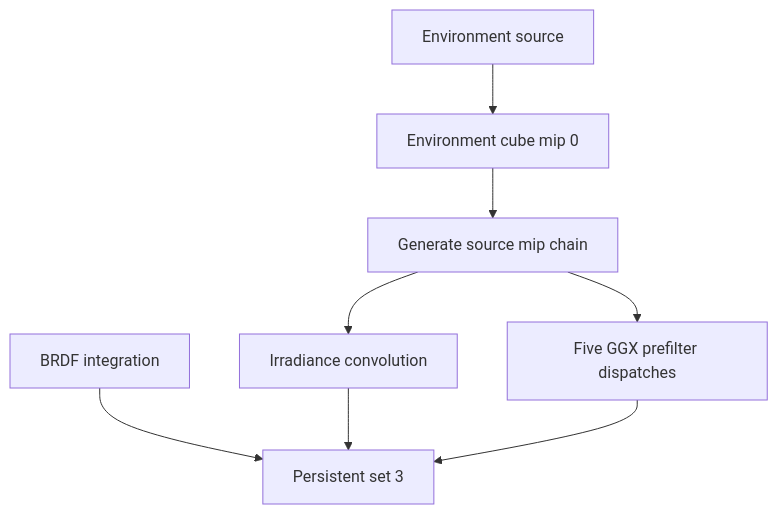
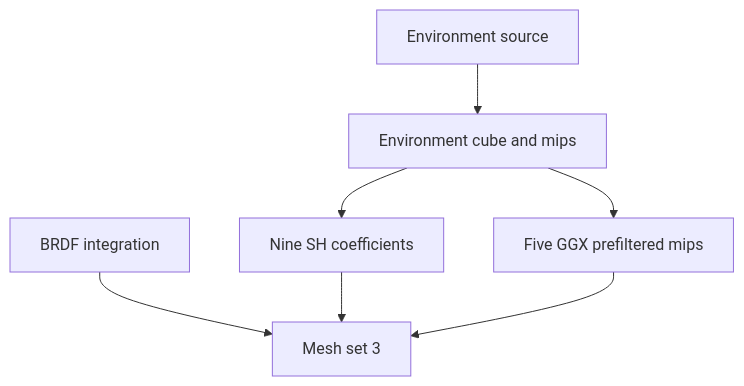
Before and after one commit to saffronjam/SaffronEngine: the diagram in docs/content/explanations/image-based-lighting/ibl-bake-pass.md, drawn with Mermaid. The commit also changed other lines of this file and 2 other files, not shown here.

````diff
--- a/docs/content/explanations/image-based-lighting/ibl-bake-pass.md
+++ b/docs/content/explanations/image-based-lighting/ibl-bake-pass.md
@@ -36,10 +36,9 @@
 ```mermaid
 flowchart TD
-    A[Environment source] --> B[Environment cube mip 0]
-    B --> C[Generate source mip chain]
-    C --> D[Irradiance convolution]
-    C --> E[Five GGX prefilter dispatches]
-    F[BRDF integration] --> G[Persistent set 3]
-    D --> G
-    E --> G
+    A[Environment source] --> B[Environment cube and mips]
+    B --> C[Nine SH coefficients]
+    B --> D[Five GGX prefiltered mips]
+    E[BRDF integration] --> F[Mesh set 3]
+    C --> F
+    D --> F
 ```
````
